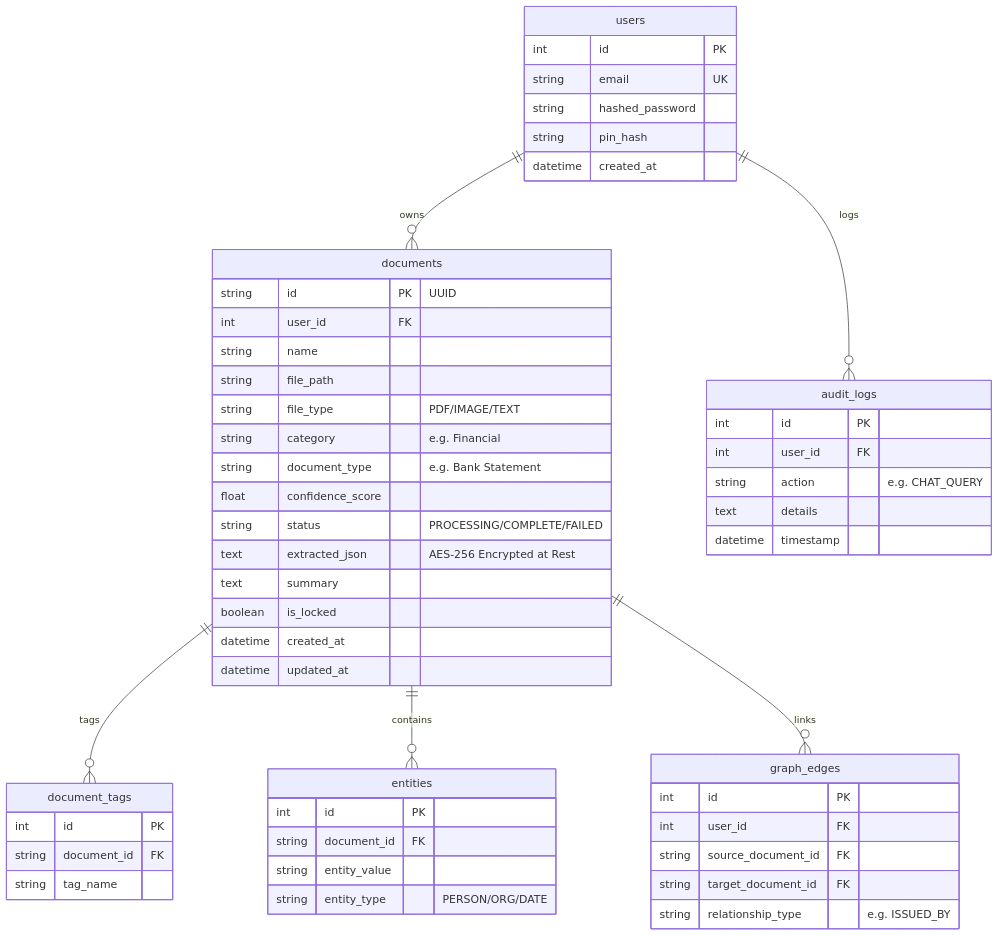
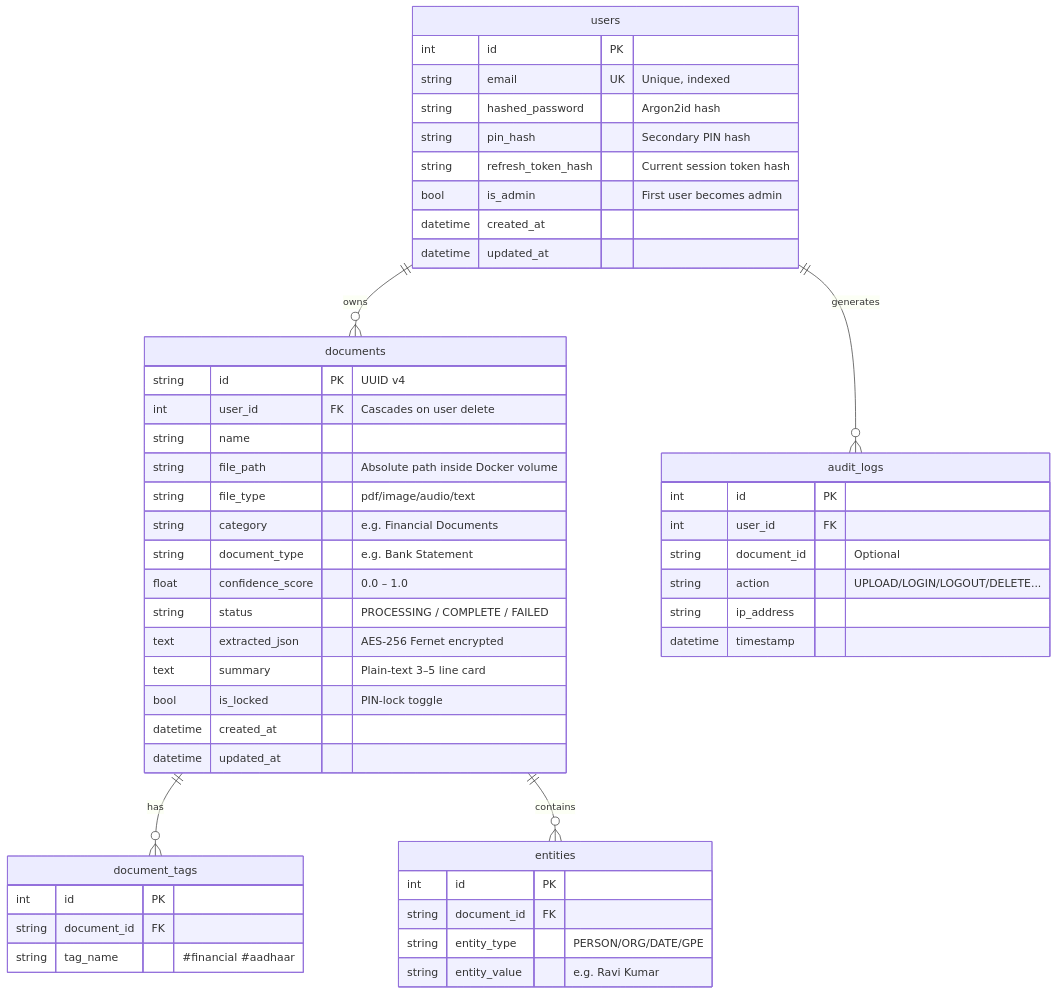
One commit to praveensugam-21/NeuroVault- changed the diagram in database.md. Above: the diagram before and after it, drawn with Mermaid. The commit also changed other lines of this file and 11 other files, not shown here.

````diff
--- a/database.md
+++ b/database.md
@@ -13,62 +17,57 @@
 ```mermaid
 erDiagram
     users ||--o{ documents : owns
-    users ||--o{ audit_logs : logs
-    documents ||--o{ document_tags : tags
+    users ||--o{ audit_logs : generates
+    documents ||--o{ document_tags : has
     documents ||--o{ entities : contains
-    documents ||--o{ graph_edges : links
-    
+
     users {
         int id PK
-        string email UK
-        string hashed_password
-        string pin_hash
+        string email UK "Unique, indexed"
+        string hashed_password "Argon2id hash"
+        string pin_hash "Secondary PIN hash"
+        string refresh_token_hash "Current session token hash"
+        bool is_admin "First user becomes admin"
         datetime created_at
+        datetime updated_at
     }
 
     documents {
-        string id PK "UUID"
-        int user_id FK
+        string id PK "UUID v4"
+        int user_id FK "Cascades on user delete"
         string name
-        string file_path
-        string file_type "PDF/IMAGE/TEXT"
-        string category "e.g. Financial"
+        string file_path "Absolute path inside Docker volume"
+        string file_type "pdf/image/audio/text"
+        string category "e.g. Financial Documents"
         string document_type "e.g. Bank Statement"
-        float confidence_score
-        string status "PROCESSING/COMPLETE/FAILED"
-        text extracted_json "AES-256 Encrypted at Rest"
-        text summary
-        boolean is_locked
+        float confidence_score "0.0 – 1.0"
+        string status "PROCESSING / COMPLETE / FAILED"
+        text extracted_json "AES-256 Fernet encrypted"
+        text summary "Plain-text 3–5 line card"
+        bool is_locked "PIN-lock toggle"
         datetime created_at
         datetime updated_at
     }
 
     document_tags {
         int id PK
         string document_id FK
-        string tag_name
+        string tag_name "#financial #aadhaar"
     }
 
     entities {
         int id PK
         string document_id FK
-        string entity_value
-        string entity_type "PERSON/ORG/DATE"
-    }
-
-    graph_edges {
-        int id PK
-        int user_id FK
-        string source_document_id FK
-        string target_document_id FK
-        string relationship_type "e.g. ISSUED_BY"
+        string entity_type "PERSON/ORG/DATE/GPE"
+        string entity_value "e.g. Ravi Kumar"
     }
 
     audit_logs {
         int id PK
         int user_id FK
-        string action "e.g. CHAT_QUERY"
-        text details
+        string document_id "Optional"
+        string action "UPLOAD/LOGIN/LOGOUT/DELETE..."
+        string ip_address
         datetime timestamp
     }
 ```
````
